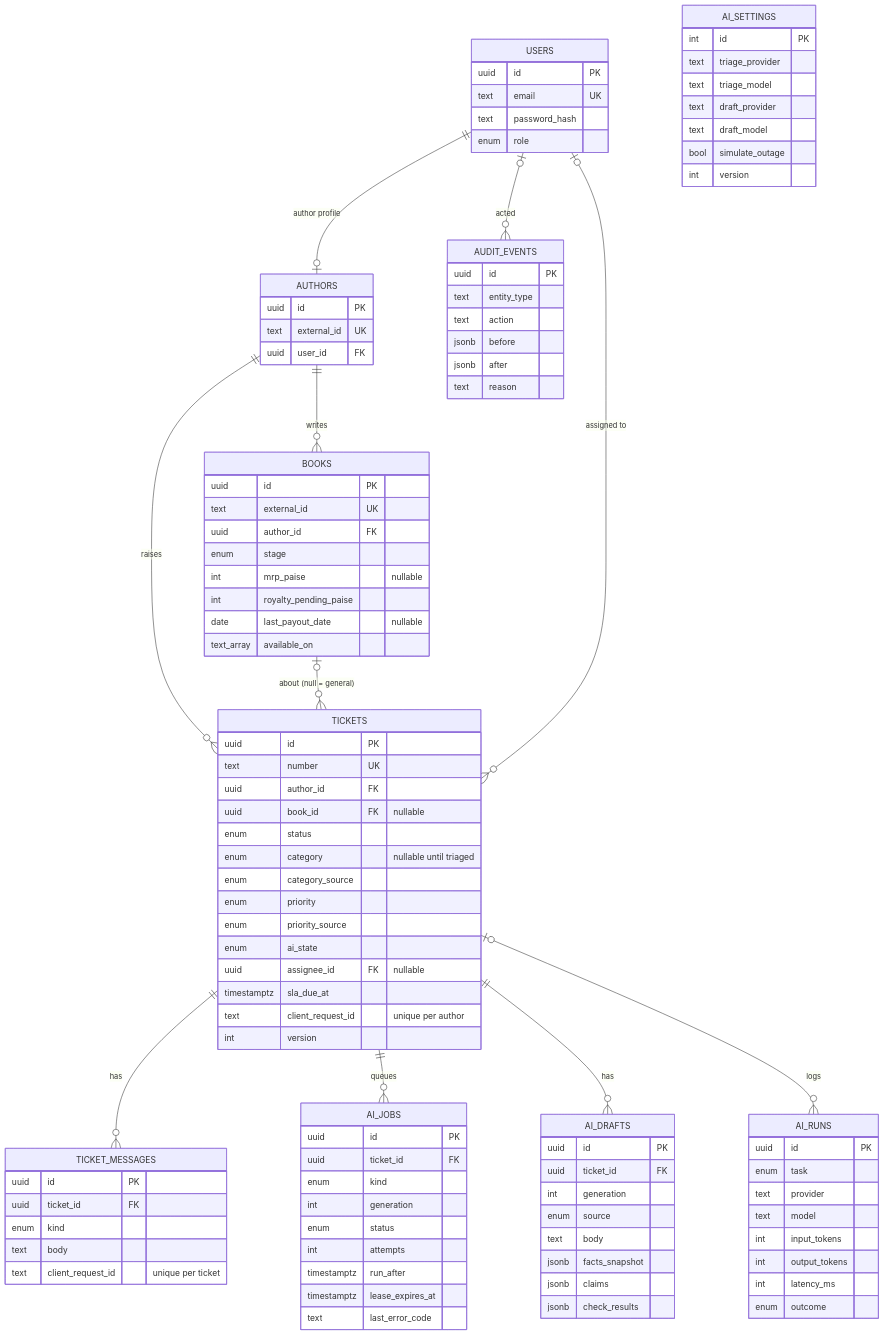
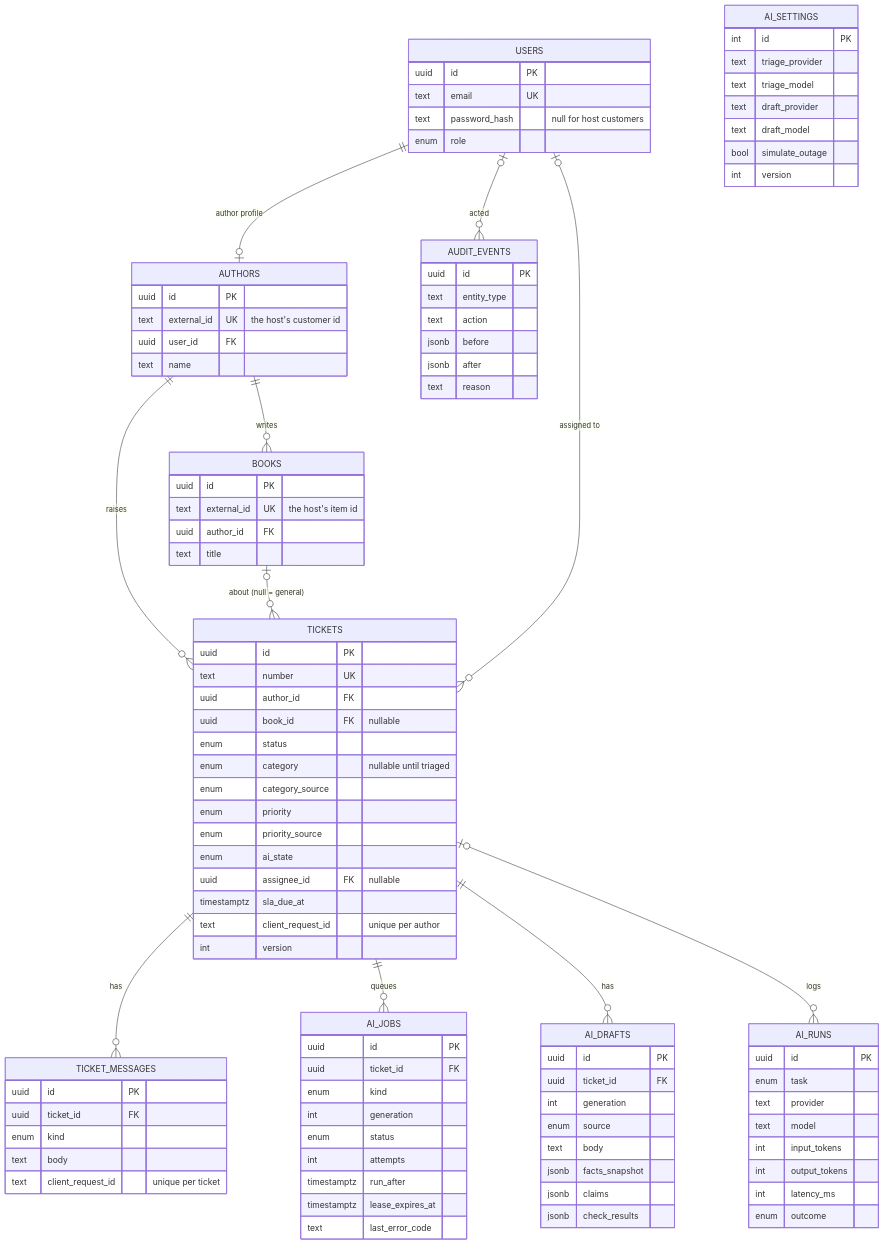
The ninth of 13 diagrams in docs/architecture.md (akshykmratloop/bookLeaf_support_system), drawn with Mermaid before and after one commit. The commit also changed other lines of this file and 5 other files, not shown here.

First line of the commit message:
docs(integration): integration guide, architecture and README for the pluggable module

```diff
--- a/docs/architecture.md
+++ b/docs/architecture.md
@@ -247,23 +268,20 @@
     USERS {
         uuid id PK
         text email UK
-        text password_hash
+        text password_hash "null for host customers"
         enum role
     }
     AUTHORS {
         uuid id PK
-        text external_id UK
+        text external_id UK "the host's customer id"
         uuid user_id FK
+        text name
     }
     BOOKS {
         uuid id PK
-        text external_id UK
+        text external_id UK "the host's item id"
         uuid author_id FK
-        enum stage
-        int mrp_paise "nullable"
-        int royalty_pending_paise
-        date last_payout_date "nullable"
-        text_array available_on
+        text title
     }
     TICKETS {
         uuid id PK
```
